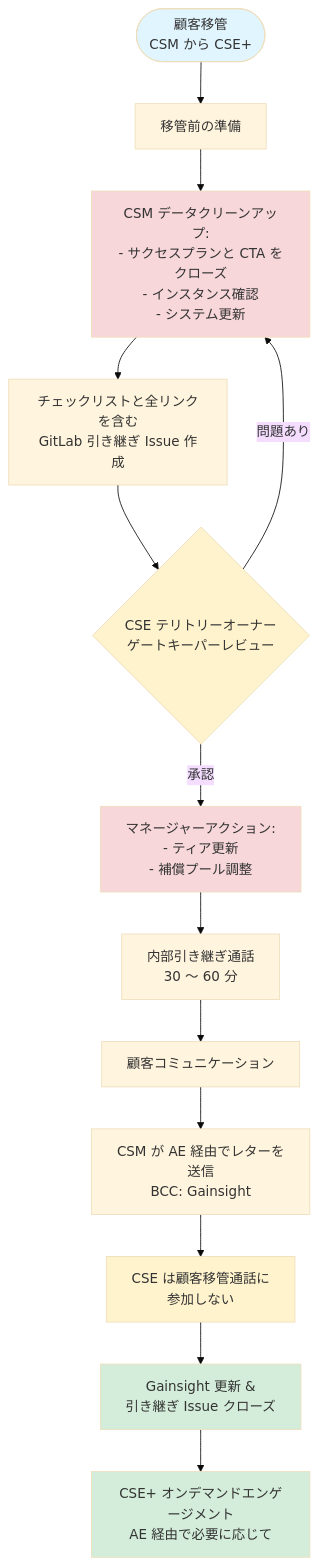
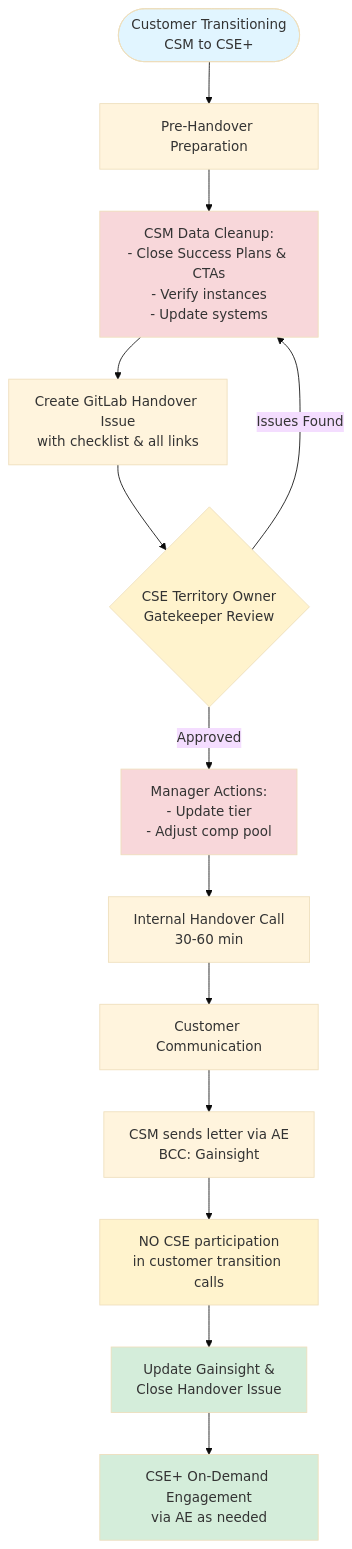
The diagram in content/handbook/customer-experience/csm/segment/cse/csm-to-cse-handover.md (kyama0/gitlab-handbook-ja), drawn with Mermaid (base theme) before and after one commit. The commit also changed other lines of this file and 24 other files, not shown here.

````diff
--- a/content/handbook/customer-experience/csm/segment/cse/csm-to-cse-handover.md
+++ b/content/handbook/customer-experience/csm/segment/cse/csm-to-cse-handover.md
@@ -24,22 +24,22 @@
 ```mermaid
 graph TD
-    Start([顧客移管<br/>CSM から CSE+]) --> PreHandover[移管前の準備]
-    PreHandover --> DataCleanup[CSM データクリーンアップ:<br/>- サクセスプランと CTA をクローズ<br/>- インスタンス確認<br/>- システム更新]
-    DataCleanup --> CreateIssue[チェックリストと全リンクを含む<br/>GitLab 引き継ぎ Issue 作成]
-    CreateIssue --> CSEReview{CSE テリトリーオーナー<br/>ゲートキーパーレビュー}
-    CSEReview -->|問題あり| DataCleanup
-    CSEReview -->|承認| ManagerActions[マネージャーアクション:<br/>- ティア更新<br/>- 補償プール調整]
-    ManagerActions --> HandoverCall[内部引き継ぎ通話<br/>30 〜 60 分]
-    HandoverCall --> CustomerComm[顧客コミュニケーション]
-    CustomerComm --> SendLetter[CSM が AE 経由でレターを送信<br/>BCC: Gainsight]
-    SendLetter --> NoCSECall[CSE は顧客移管通話に<br/>参加しない]
-    NoCSECall --> Complete[Gainsight 更新 &<br/>引き継ぎ Issue クローズ]
-    Complete --> CSEEngagement[CSE+ オンデマンドエンゲージメント<br/>AE 経由で必要に応じて]
+    Start([Customer Transitioning<br/>CSM to CSE+]) --> PreHandover[Pre-Handover Preparation]
+    PreHandover --> DataCleanup[CSM Data Cleanup:<br/>- Close Success Plans & CTAs<br/>- Verify instances<br/>- Update systems]
+    DataCleanup --> CreateIssue[Create GitLab Handover Issue<br/>with checklist & all links]
+    CreateIssue --> CSEReview{CSE Territory Owner<br/>Gatekeeper Review}
+    CSEReview -->|Issues Found| DataCleanup
+    CSEReview -->|Approved| ManagerActions[Manager Actions:<br/>- Update tier<br/>- Adjust comp pool]
+    ManagerActions --> HandoverCall[Internal Handover Call<br/>30-60 min]
+    HandoverCall --> CustomerComm[Customer Communication]
+    CustomerComm --> SendLetter[CSM sends letter via AE<br/>BCC: Gainsight]
+    SendLetter --> NoCSECall[NO CSE participation<br/>in customer transition calls]
+    NoCSECall --> Complete[Update Gainsight &<br/>Close Handover Issue]
+    Complete --> CSEEngagement[CSE+ On-Demand Engagement<br/>via AE as needed]
     style Start fill:#e1f5ff
     style Complete fill:#d4edda
     style CSEEngagement fill:#d4edda
     style NoCSECall fill:#fff3cd
     style CSEReview fill:#fff3cd
     style DataCleanup fill:#f8d7da
     style ManagerActions fill:#f8d7da
 ```
````
